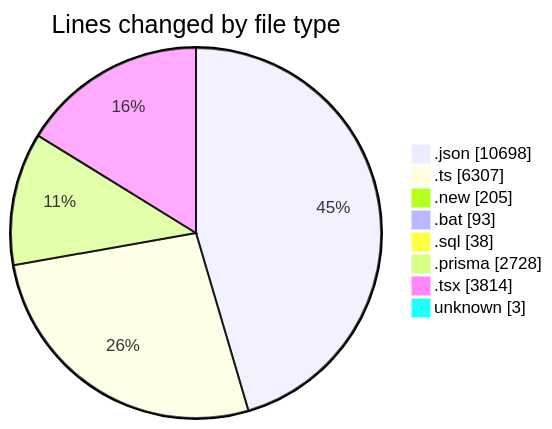
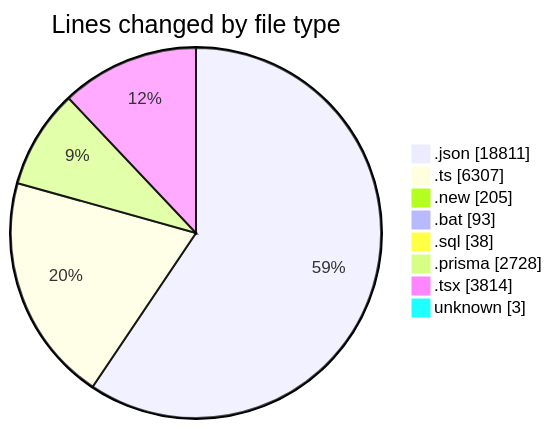
Before and after one commit to CELIANVF/code-tracking: the first of 2 diagrams in 2025-05-20/ecodeli-1/README.md, drawn with Mermaid. The commit also changed other lines of this file and 1 other file, not shown here.

````diff
--- a/2025-05-20/ecodeli-1/README.md
+++ b/2025-05-20/ecodeli-1/README.md
@@ -72,12 +72,12 @@
 ```mermaid
 pie showData
 title Lines changed by file type
-".json" : 10698
+".json" : 18811
 ".ts" : 6307
 ".new" : 205
 ".bat" : 93
 ".sql" : 38
 ".prisma" : 2728
 ".tsx" : 3814
 "unknown" : 3
 ```
````
